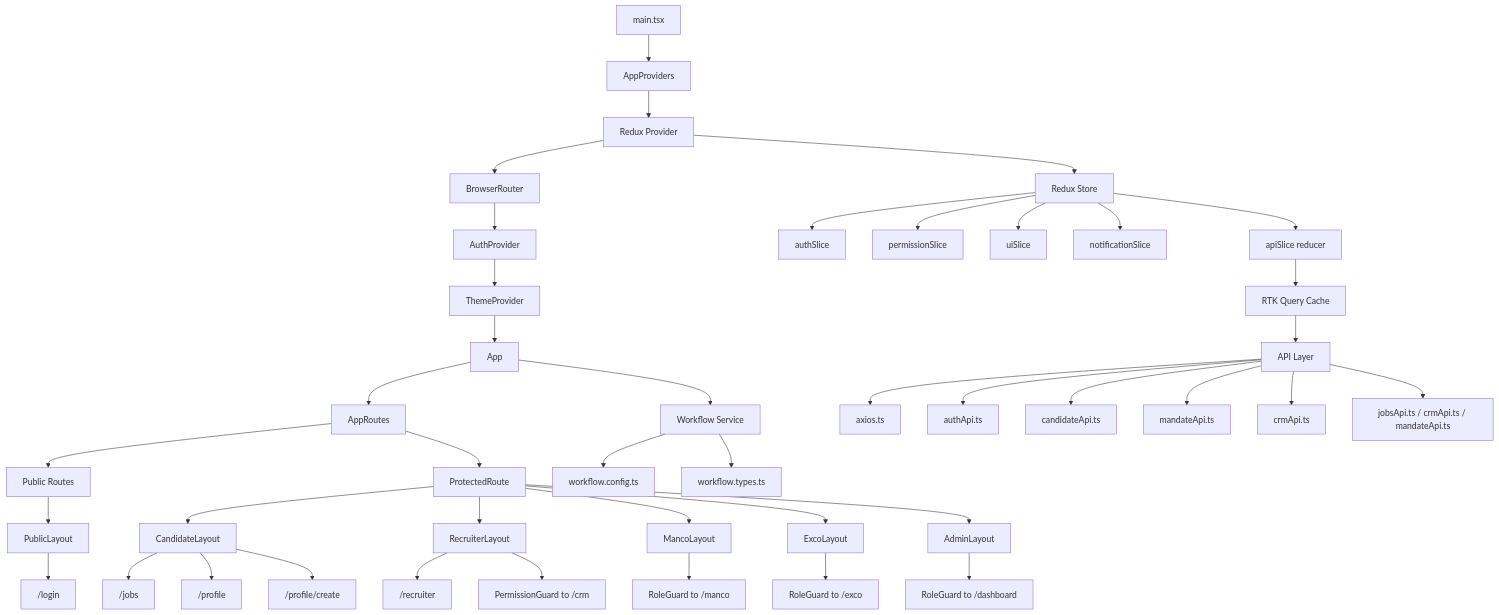
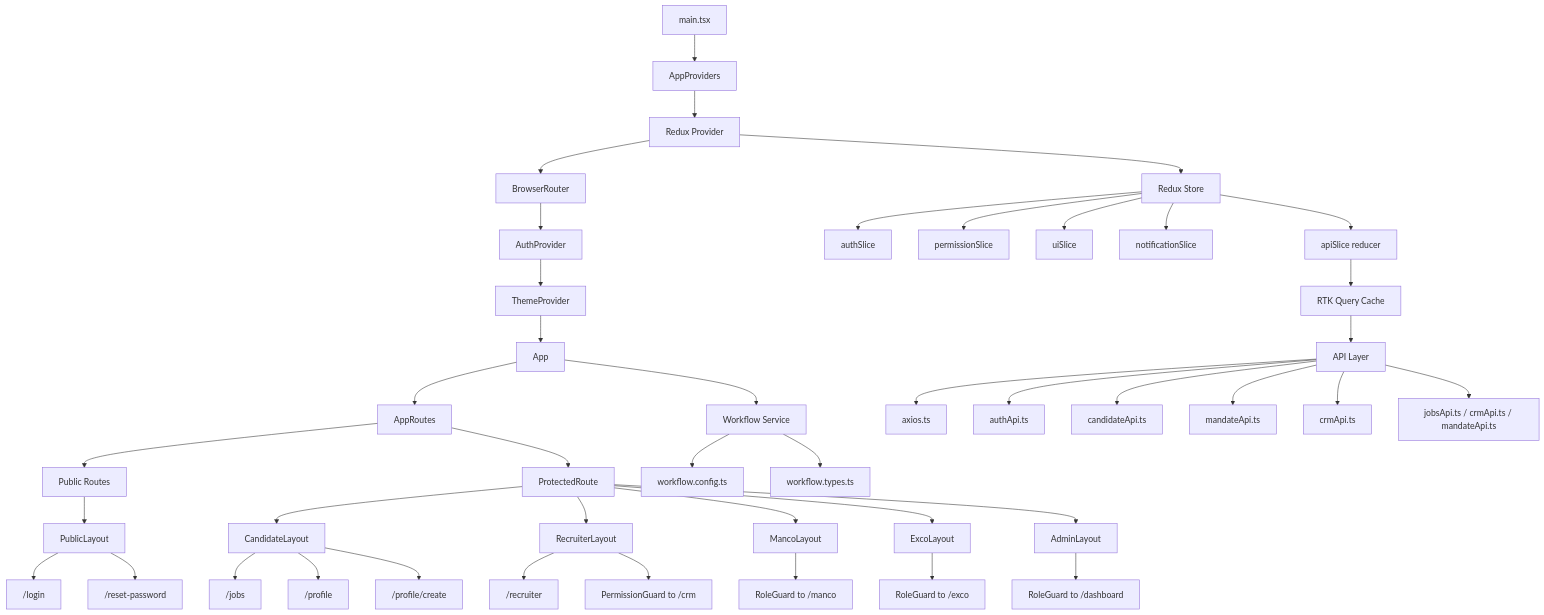
The diagram in README.md (PiyalChatterjee/skills-mine-frontend), drawn with Mermaid before and after one commit. The commit also changed other lines of this file and 8 other files, not shown here.

Commit message:
feat: add reset password functionality with routing and modal integration

````diff
--- a/README.md
+++ b/README.md
@@ -122,51 +123,52 @@
 ```mermaid
 flowchart TD
     A[main.tsx] --> B[AppProviders]
     B --> B1[Redux Provider]
     B1 --> B2[BrowserRouter]
     B2 --> B3[AuthProvider]
     B3 --> B4[ThemeProvider]
     B4 --> C[App]
     C --> D[AppRoutes]
 
     D --> E[Public Routes]
     D --> F[ProtectedRoute]
 
     E --> E1[PublicLayout]
     E1 --> E2["/login"]
+    E1 --> E3["/reset-password"]
 
     F --> H[CandidateLayout]
     F --> I[RecruiterLayout]
     F --> J[MancoLayout]
     F --> K[ExcoLayout]
     F --> L[AdminLayout]
 
     H --> H1["/jobs"]
     H --> H2["/profile"]
     H --> H3["/profile/create"]
     I --> I1["/recruiter"]
     I --> I2["PermissionGuard to /crm"]
     J --> J1["RoleGuard to /manco"]
     K --> K1["RoleGuard to /exco"]
     L --> L1["RoleGuard to /dashboard"]
 
     B1 --> M[Redux Store]
     M --> M1[authSlice]
     M --> M2[permissionSlice]
     M --> M3[uiSlice]
     M --> M4[notificationSlice]
     M --> M5[apiSlice reducer]
 
     M5 --> N[RTK Query Cache]
     N --> O[API Layer]
     O --> O1[axios.ts]
     O --> O2[authApi.ts]
     O --> O3[candidateApi.ts]
     O --> O4[mandateApi.ts]
     O --> O5[crmApi.ts]
     O --> O6[jobsApi.ts / crmApi.ts / mandateApi.ts]
 
     C --> P[Workflow Service]
     P --> P1[workflow.config.ts]
     P --> P2[workflow.types.ts]
 ```
````
